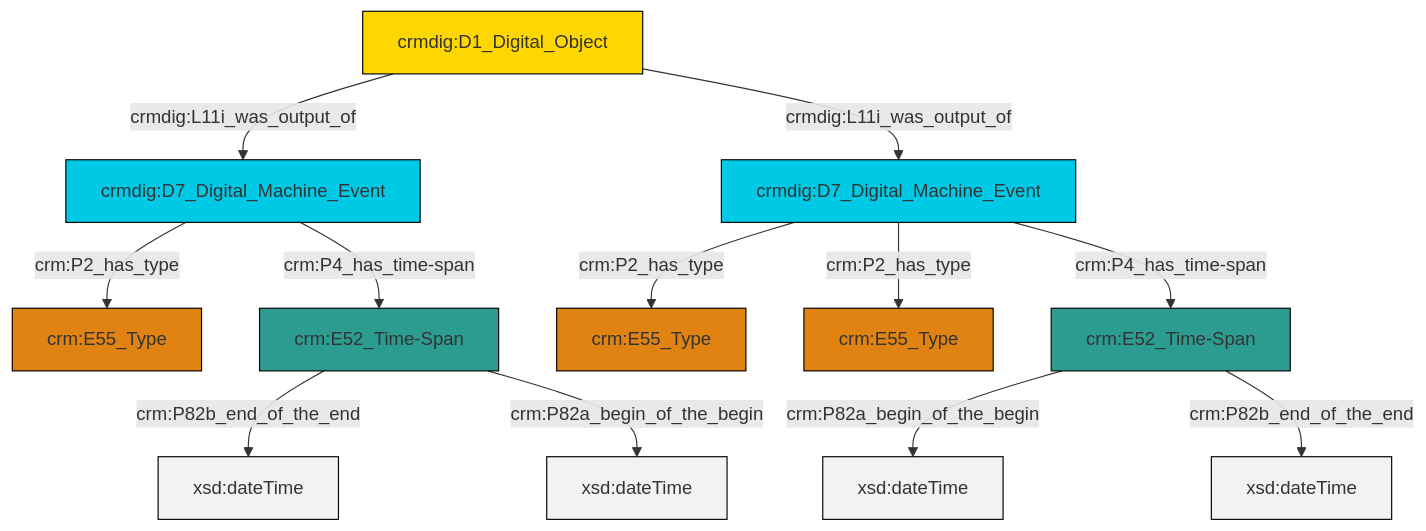
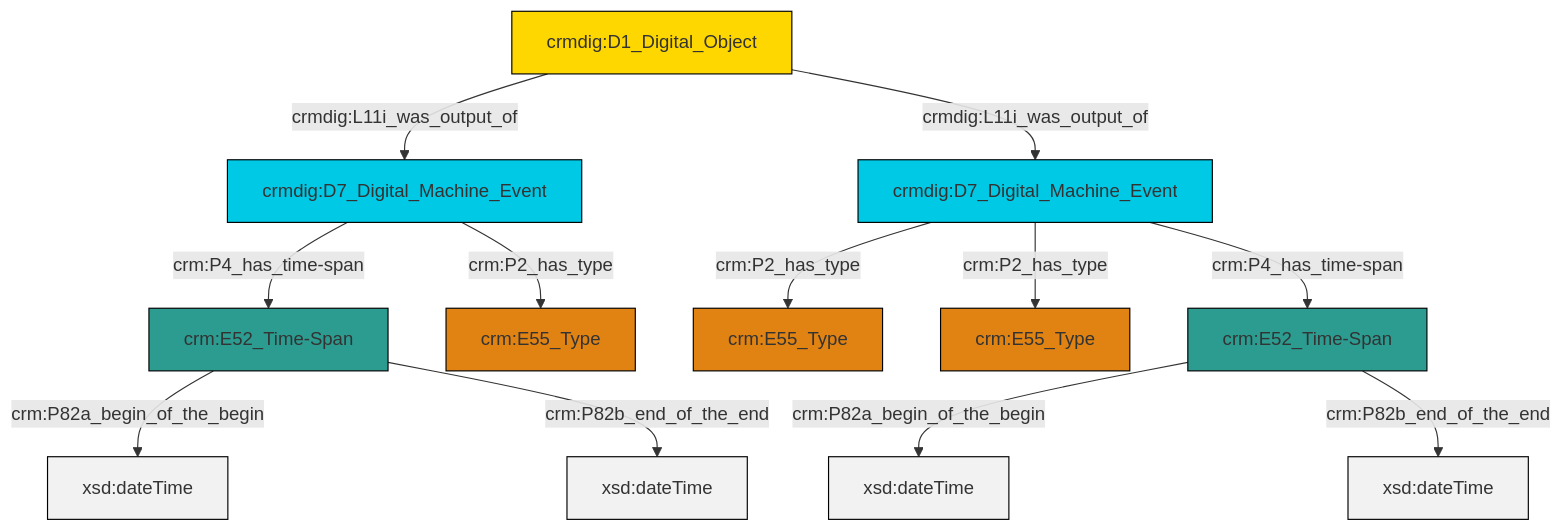
The diagram in et/doCSV/ttl/mmd/do_existence.ttl.mmd (swiss-art-research-net/reference-data-models), drawn with Mermaid before and after one commit. The commit also changed 127 other files, not shown here.

```diff
--- a/et/doCSV/ttl/mmd/do_existence.ttl.mmd
+++ b/et/doCSV/ttl/mmd/do_existence.ttl.mmd
@@ -1,26 +1,26 @@
 graph TD
 classDef Literal fill:#f2f2f2,stroke:#000000;
 classDef CRM_Entity fill:#FFFFFF,stroke:#000000;
 classDef Temporal_Entity fill:#00C9E6, stroke:#000000;
 classDef Type fill:#E18312, stroke:#000000;
 classDef Time-Span fill:#2C9C91, stroke:#000000;
 classDef Appellation fill:#FFEB7F, stroke:#000000;
 classDef Place fill:#008836, stroke:#000000;
 classDef Persistent_Item fill:#B266B2, stroke:#000000;
 classDef Conceptual_Object fill:#FFD700, stroke:#000000;
 classDef Physical_Thing fill:#D2B48C, stroke:#000000;
 classDef Actor fill:#f58aad, stroke:#000000;
 classDef PC_Classes fill:#4ce600, stroke:#000000;
 classDef Multi fill:#cccccc,stroke:#000000;
 
-4["crmdig:D7_Digital_Machine_Event"]:::Temporal_Entity -->|crm:P2_has_type| 0["crm:E55_Type"]:::Type
-5["crmdig:D7_Digital_Machine_Event"]:::Temporal_Entity -->|crm:P2_has_type| 6["crm:E55_Type"]:::Type
-7["crm:E52_Time-Span"]:::Time-Span -->|crm:P82b_end_of_the_end| 9[xsd:dateTime]:::Literal
-5["crmdig:D7_Digital_Machine_Event"]:::Temporal_Entity -->|crm:P2_has_type| 2["crm:E55_Type"]:::Type
-13["crm:E52_Time-Span"]:::Time-Span -->|crm:P82a_begin_of_the_begin| 14[xsd:dateTime]:::Literal
-10["crmdig:D1_Digital_Object"]:::Conceptual_Object -->|crmdig:L11i_was_output_of| 4["crmdig:D7_Digital_Machine_Event"]:::Temporal_Entity
-13["crm:E52_Time-Span"]:::Time-Span -->|crm:P82b_end_of_the_end| 17[xsd:dateTime]:::Literal
-4["crmdig:D7_Digital_Machine_Event"]:::Temporal_Entity -->|crm:P4_has_time-span| 7["crm:E52_Time-Span"]:::Time-Span
-5["crmdig:D7_Digital_Machine_Event"]:::Temporal_Entity -->|crm:P4_has_time-span| 13["crm:E52_Time-Span"]:::Time-Span
-7["crm:E52_Time-Span"]:::Time-Span -->|crm:P82a_begin_of_the_begin| 20[xsd:dateTime]:::Literal
-10["crmdig:D1_Digital_Object"]:::Conceptual_Object -->|crmdig:L11i_was_output_of| 5["crmdig:D7_Digital_Machine_Event"]:::Temporal_Entity
+0["crmdig:D7_Digital_Machine_Event"]:::Temporal_Entity -->|crm:P4_has_time-span| 1["crm:E52_Time-Span"]:::Time-Span
+8["crmdig:D7_Digital_Machine_Event"]:::Temporal_Entity -->|crm:P4_has_time-span| 9["crm:E52_Time-Span"]:::Time-Span
+0["crmdig:D7_Digital_Machine_Event"]:::Temporal_Entity -->|crm:P2_has_type| 4["crm:E55_Type"]:::Type
+1["crm:E52_Time-Span"]:::Time-Span -->|crm:P82a_begin_of_the_begin| 10[xsd:dateTime]:::Literal
+9["crm:E52_Time-Span"]:::Time-Span -->|crm:P82a_begin_of_the_begin| 12[xsd:dateTime]:::Literal
+14["crmdig:D1_Digital_Object"]:::Conceptual_Object -->|crmdig:L11i_was_output_of| 8["crmdig:D7_Digital_Machine_Event"]:::Temporal_Entity
+14["crmdig:D1_Digital_Object"]:::Conceptual_Object -->|crmdig:L11i_was_output_of| 0["crmdig:D7_Digital_Machine_Event"]:::Temporal_Entity
+0["crmdig:D7_Digital_Machine_Event"]:::Temporal_Entity -->|crm:P2_has_type| 6["crm:E55_Type"]:::Type
+8["crmdig:D7_Digital_Machine_Event"]:::Temporal_Entity -->|crm:P2_has_type| 2["crm:E55_Type"]:::Type
+9["crm:E52_Time-Span"]:::Time-Span -->|crm:P82b_end_of_the_end| 17[xsd:dateTime]:::Literal
+1["crm:E52_Time-Span"]:::Time-Span -->|crm:P82b_end_of_the_end| 22[xsd:dateTime]:::Literal
```
